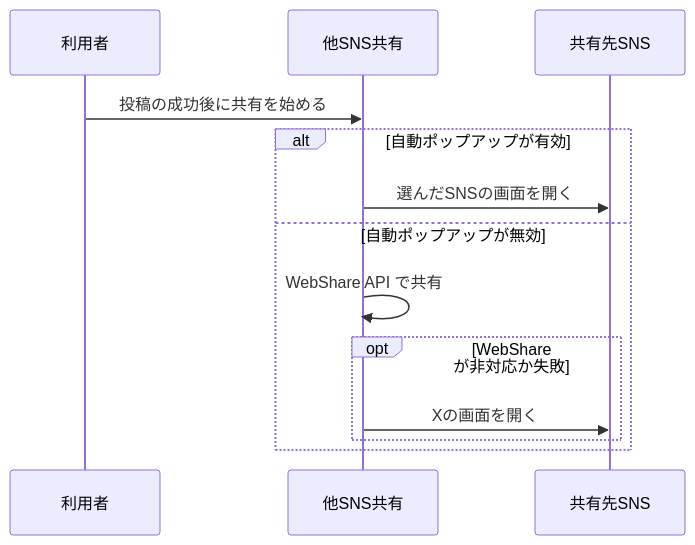
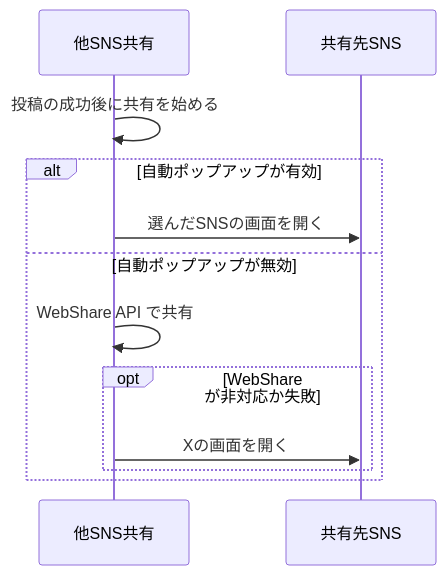
Before and after one commit to nekono-dev/skyshare: the third of 3 diagrams in docs/architecture/common-ui.md, drawn with Mermaid. The commit also changed other lines of this file and 165 other files, not shown here.

````diff
--- a/docs/architecture/common-ui.md
+++ b/docs/architecture/common-ui.md
@@ -101,15 +53,14 @@
 ```mermaid
 sequenceDiagram
-  participant ext_user as 利用者
   participant share as 他SNS共有
   participant ext_sns as 共有先SNS
-  ext_user->>share: 投稿の成功後に共有を始める
+  share->>share: 投稿の成功後に共有を始める
   alt 自動ポップアップが有効
     share->>ext_sns: 選んだSNSの画面を開く
   else 自動ポップアップが無効
     share->>share: WebShare API で共有
     opt WebShare が非対応か失敗
       share->>ext_sns: Xの画面を開く
     end
   end
 ```
````
